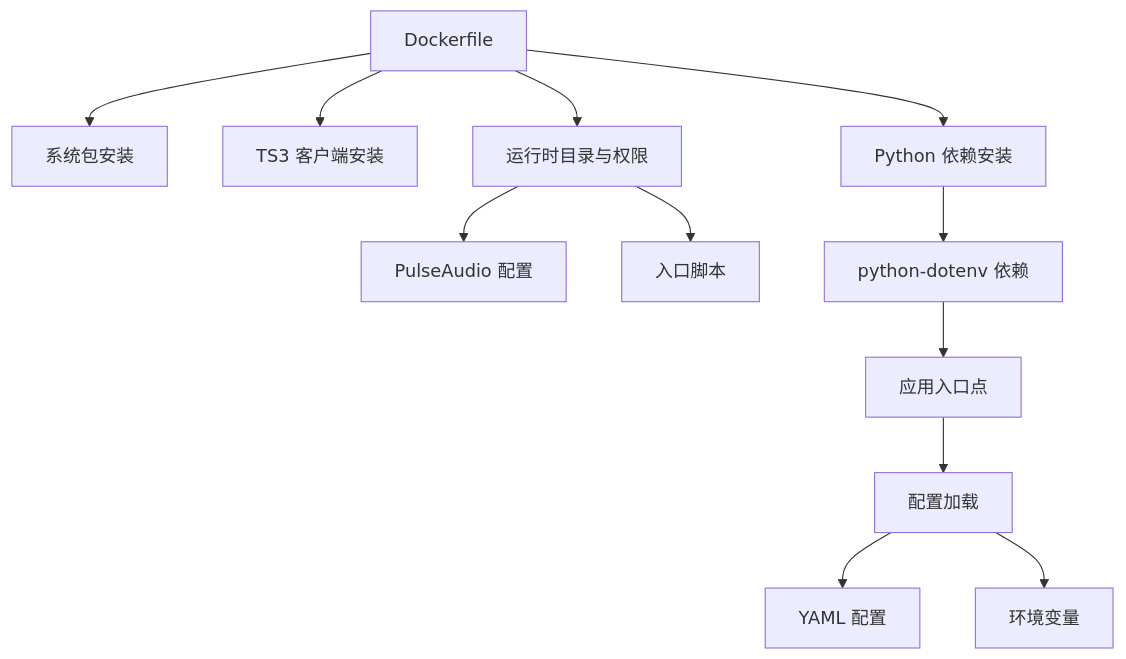
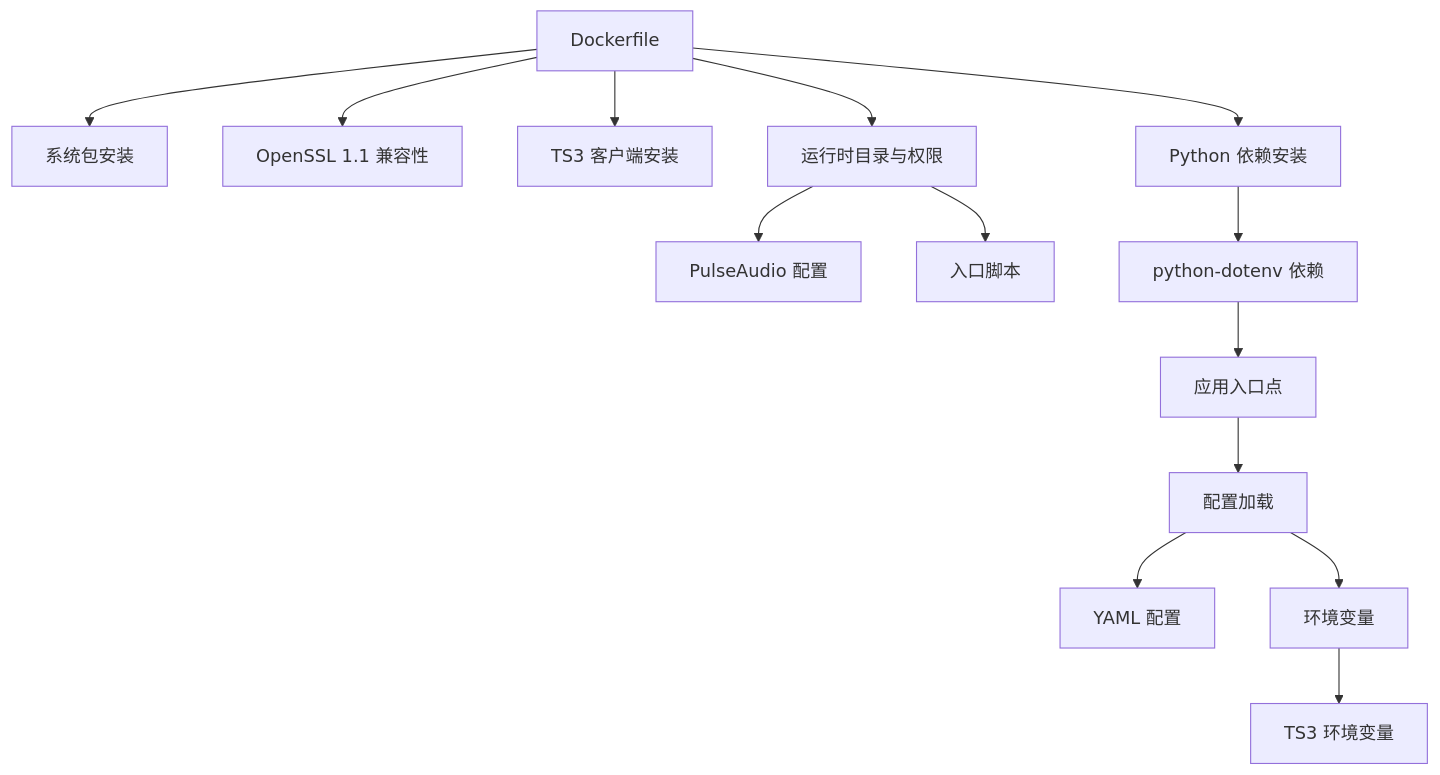
The eighth of 8 diagrams in .qoder/repowiki/zh/content/部署和运维/环境配置.md (GhoulOwl/Teamspeak3_Bot), drawn with Mermaid before and after one commit. The commit also changed other lines of this file and 7 other files, not shown here.

````diff
--- a/.qoder/repowiki/zh/content/部署和运维/环境配置.md
+++ b/.qoder/repowiki/zh/content/部署和运维/环境配置.md
@@ -301,14 +379,16 @@
 ```mermaid
 graph TB
 DF["Dockerfile"] --> SYS["系统包安装"]
+DF --> OSSL["OpenSSL 1.1 兼容性"]
 DF --> TS3["TS3 客户端安装"]
 DF --> PY["Python 依赖安装"]
 DF --> RUNTIME["运行时目录与权限"]
 RUNTIME --> PACFG["PulseAudio 配置"]
 RUNTIME --> ENTRY["入口脚本"]
 PY --> DOTENV["python-dotenv 依赖"]
 DOTENV --> MAIN["应用入口点"]
 MAIN --> CONFIG["配置加载"]
 CONFIG --> YAML["YAML 配置"]
 CONFIG --> ENV["环境变量"]
+ENV --> TS3ENV["TS3 环境变量"]
 ```
````
